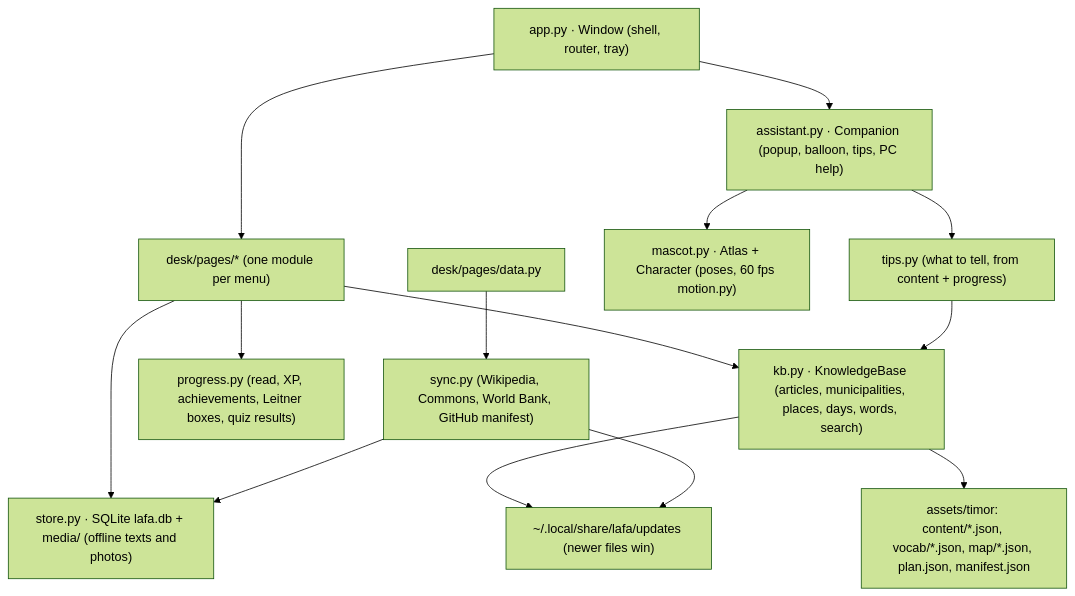
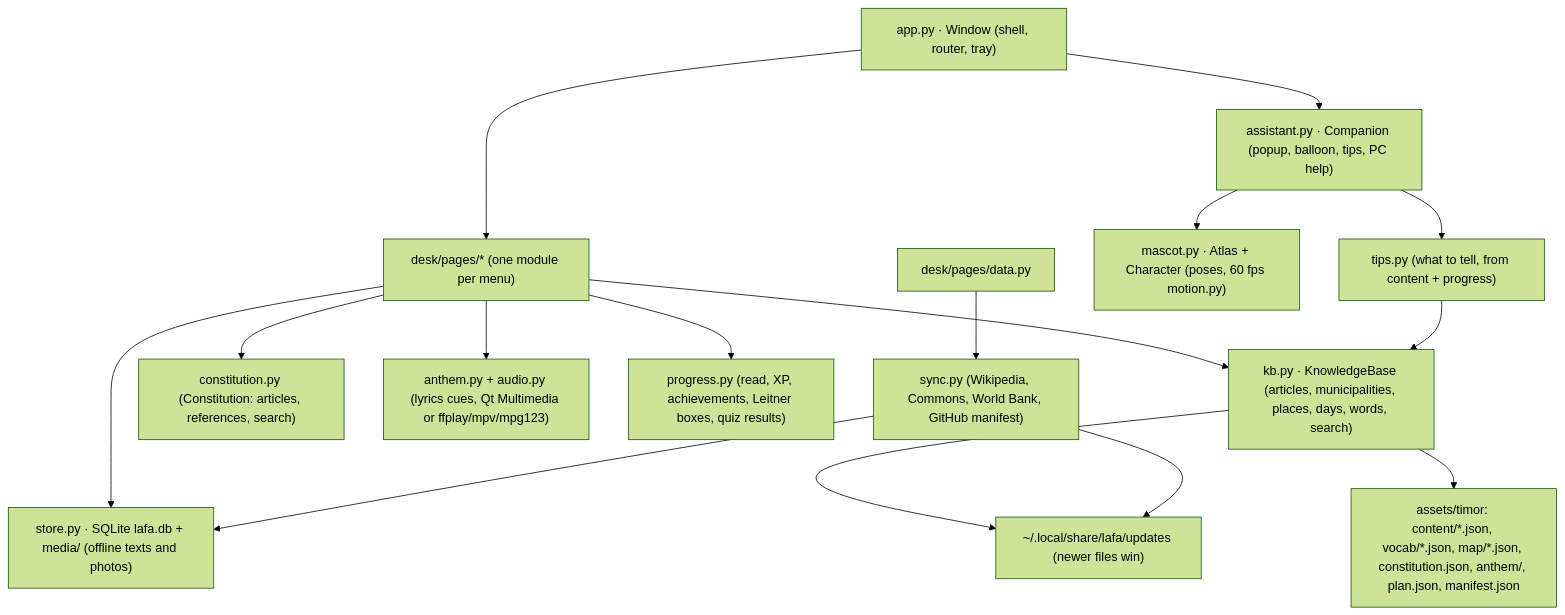
The diagram in docs/ARCHITECTURE.md (hugomonizdorego/Eduka-Lafa), drawn with Mermaid (forest theme) before and after one commit. The commit also changed other lines of this file and 169 other files, not shown here.

````diff
--- a/docs/ARCHITECTURE.md
+++ b/docs/ARCHITECTURE.md
@@ -8,16 +8,18 @@
 ```mermaid
 flowchart TD
     App["app.py · Window (shell, router, tray)"] --> Pages["desk/pages/* (one module per menu)"]
     App --> VA["assistant.py · Companion (popup, balloon, tips, PC help)"]
     VA --> Tips["tips.py (what to tell, from content + progress)"]
     VA --> Char["mascot.py · Atlas + Character (poses, 60 fps motion.py)"]
     Pages --> KB["kb.py · KnowledgeBase (articles, municipalities, places, days, words, search)"]
+    Pages --> Con["constitution.py (Constitution: articles, references, search)"]
+    Pages --> Anthem["anthem.py + audio.py (lyrics cues, Qt Multimedia or ffplay/mpv/mpg123)"]
     Tips --> KB
-    KB --> Assets["assets/timor: content/*.json, vocab/*.json, map/*.json, plan.json, manifest.json"]
+    KB --> Assets["assets/timor: content/*.json, vocab/*.json, map/*.json, constitution.json, anthem/, plan.json, manifest.json"]
     KB --> Updates["~/.local/share/lafa/updates (newer files win)"]
     Pages --> Progress["progress.py (read, XP, achievements, Leitner boxes, quiz results)"]
     Pages --> Store["store.py · SQLite lafa.db + media/ (offline texts and photos)"]
     Data["desk/pages/data.py"] --> Sync["sync.py (Wikipedia, Commons, World Bank, GitHub manifest)"]
     Sync --> Store
     Sync --> Updates
 ```
````
